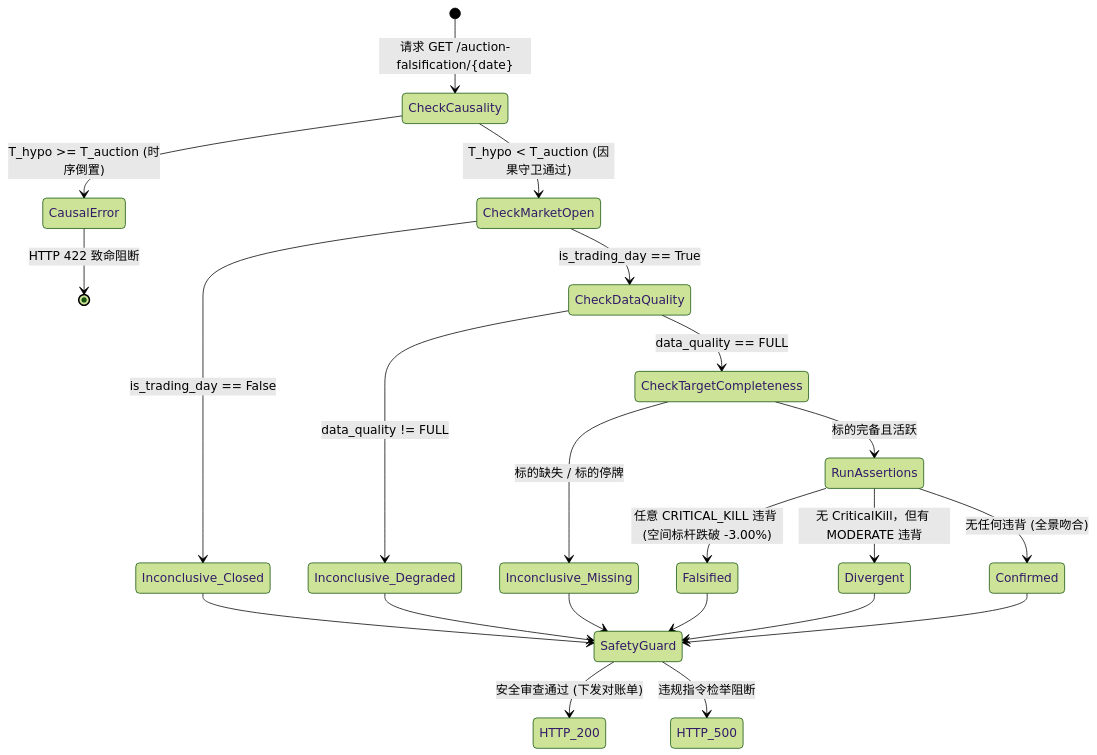
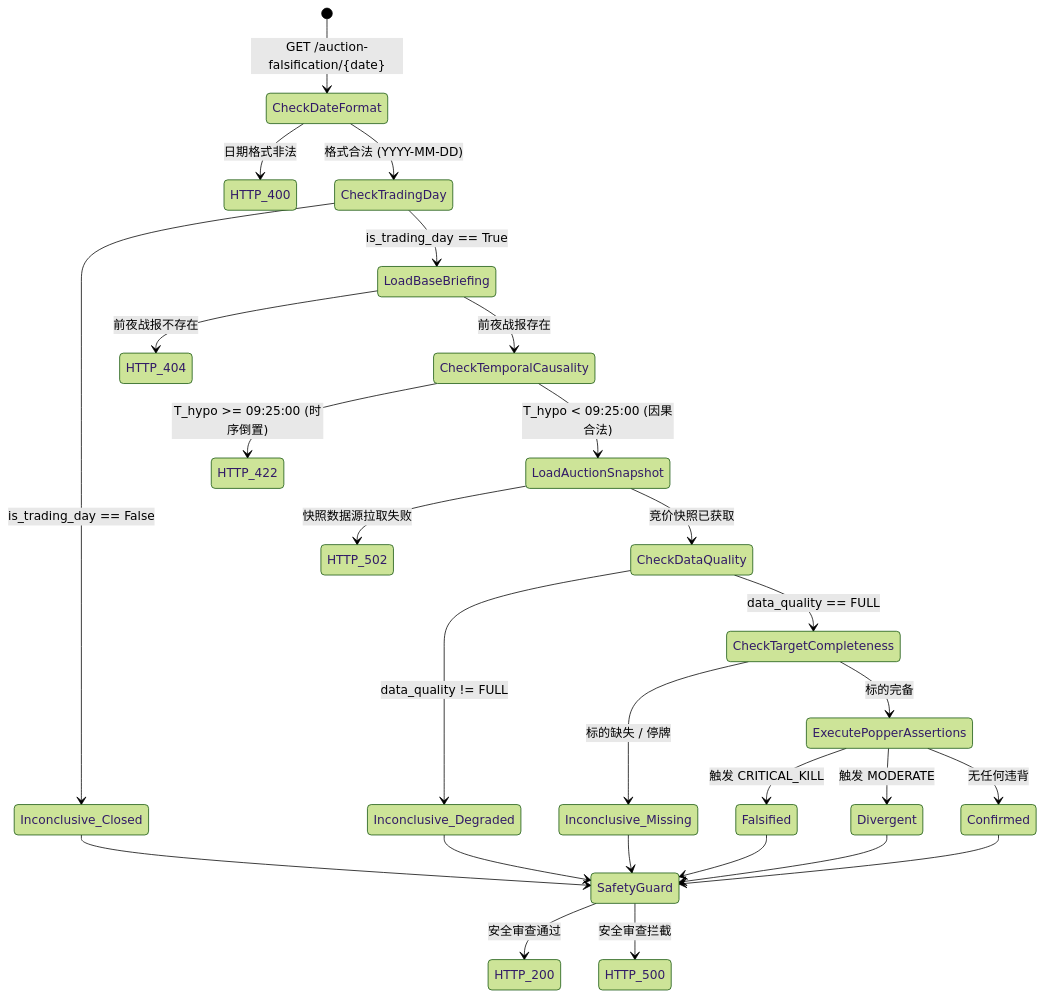
The diagram in 开发文档/90-Phase-2E.3-0925竞价对账REST-API与安全守卫技术设计单.md (siyuwha/zhijian), drawn with Mermaid (forest theme) before and after one commit. The commit also changed other lines of this file, not shown here.

````diff
--- a/开发文档/90-Phase-2E.3-0925竞价对账REST-API与安全守卫技术设计单.md
+++ b/开发文档/90-Phase-2E.3-0925竞价对账REST-API与安全守卫技术设计单.md
@@ -276,30 +253,38 @@
 ```mermaid
 stateDiagram-v2
-    [*] --> CheckCausality: 请求 GET /auction-falsification/{date}
-    CheckCausality --> CausalError: T_hypo >= T_auction (时序倒置)
-    CheckCausality --> CheckMarketOpen: T_hypo < T_auction (因果守卫通过)
+    [*] --> CheckDateFormat: GET /auction-falsification/{date}
+    CheckDateFormat --> HTTP_400: 日期格式非法
+    CheckDateFormat --> CheckTradingDay: 格式合法 (YYYY-MM-DD)
 
-    CheckMarketOpen --> Inconclusive_Closed: is_trading_day == False
-    CheckMarketOpen --> CheckDataQuality: is_trading_day == True
+    CheckTradingDay --> Inconclusive_Closed: is_trading_day == False
+    CheckTradingDay --> LoadBaseBriefing: is_trading_day == True
+
+    LoadBaseBriefing --> HTTP_404: 前夜战报不存在
+    LoadBaseBriefing --> CheckTemporalCausality: 前夜战报存在
+
+    CheckTemporalCausality --> HTTP_422: T_hypo >= 09:25:00 (时序倒置)
+    CheckTemporalCausality --> LoadAuctionSnapshot: T_hypo < 09:25:00 (因果合法)
+
+    LoadAuctionSnapshot --> HTTP_502: 快照数据源拉取失败
+    LoadAuctionSnapshot --> CheckDataQuality: 竞价快照已获取
 
     CheckDataQuality --> Inconclusive_Degraded: data_quality != FULL
     CheckDataQuality --> CheckTargetCompleteness: data_quality == FULL
 
-    CheckTargetCompleteness --> Inconclusive_Missing: 标的缺失 / 标的停牌
-    CheckTargetCompleteness --> RunAssertions: 标的完备且活跃
+    CheckTargetCompleteness --> Inconclusive_Missing: 标的缺失 / 停牌
+    CheckTargetCompleteness --> ExecutePopperAssertions: 标的完备
 
-    RunAssertions --> Falsified: 任意 CRITICAL_KILL 违背 (空间标杆跌破 -3.00%)
-    RunAssertions --> Divergent: 无 CriticalKill，但有 MODERATE 违背
-    RunAssertions --> Confirmed: 无任何违背 (全景吻合)
+    ExecutePopperAssertions --> Falsified: 触发 CRITICAL_KILL
+    ExecutePopperAssertions --> Divergent: 触发 MODERATE
+    ExecutePopperAssertions --> Confirmed: 无任何违背
 
-    CausalError --> [*]: HTTP 422 致命阻断
     Inconclusive_Closed --> SafetyGuard
     Inconclusive_Degraded --> SafetyGuard
     Inconclusive_Missing --> SafetyGuard
     Falsified --> SafetyGuard
     Divergent --> SafetyGuard
     Confirmed --> SafetyGuard
 
-    SafetyGuard --> HTTP_200: 安全审查通过 (下发对账单)
-    SafetyGuard --> HTTP_500: 违规指令检举阻断
+    SafetyGuard --> HTTP_200: 安全审查通过
+    SafetyGuard --> HTTP_500: 安全审查拦截
 ```
````
